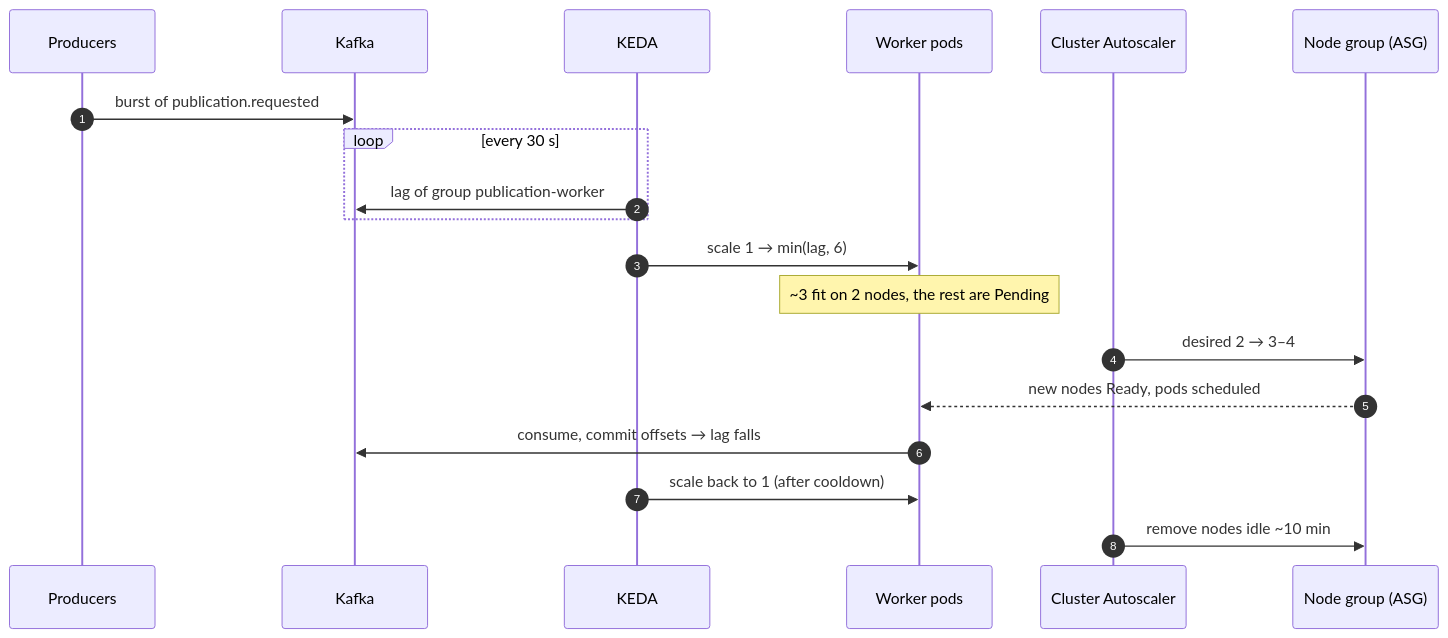
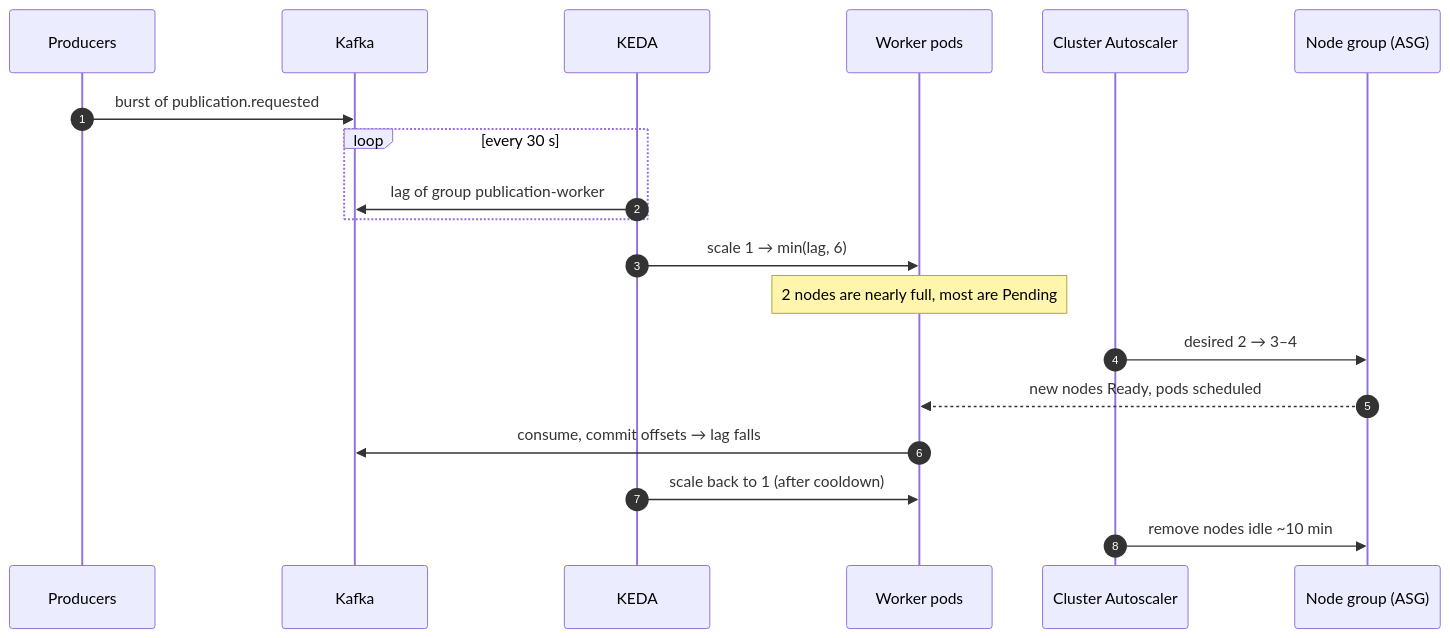
Before and after one commit to ArkadyBuryakov/symbiose_tech_challenge: the diagram in docs/decisions/scaling.md, drawn with Mermaid. The commit also changed other lines of this file and 12 other files, not shown here.

````diff
--- a/docs/decisions/scaling.md
+++ b/docs/decisions/scaling.md
@@ -27,21 +27,21 @@
 ```mermaid
 sequenceDiagram
     autonumber
     participant P as Producers
     participant K as Kafka
     participant KEDA
     participant W as Worker pods
     participant CA as Cluster Autoscaler
     participant ASG as Node group (ASG)
     P->>K: burst of publication.requested
     loop every 30 s
         KEDA->>K: lag of group publication-worker
     end
     KEDA->>W: scale 1 → min(lag, 6)
-    Note over W: ~3 fit on 2 nodes, the rest are Pending
+    Note over W: 2 nodes are nearly full, most are Pending
     CA->>ASG: desired 2 → 3–4
     ASG-->>W: new nodes Ready, pods scheduled
     W->>K: consume, commit offsets → lag falls
     KEDA->>W: scale back to 1 (after cooldown)
     CA->>ASG: remove nodes idle ~10 min
 ```
````
